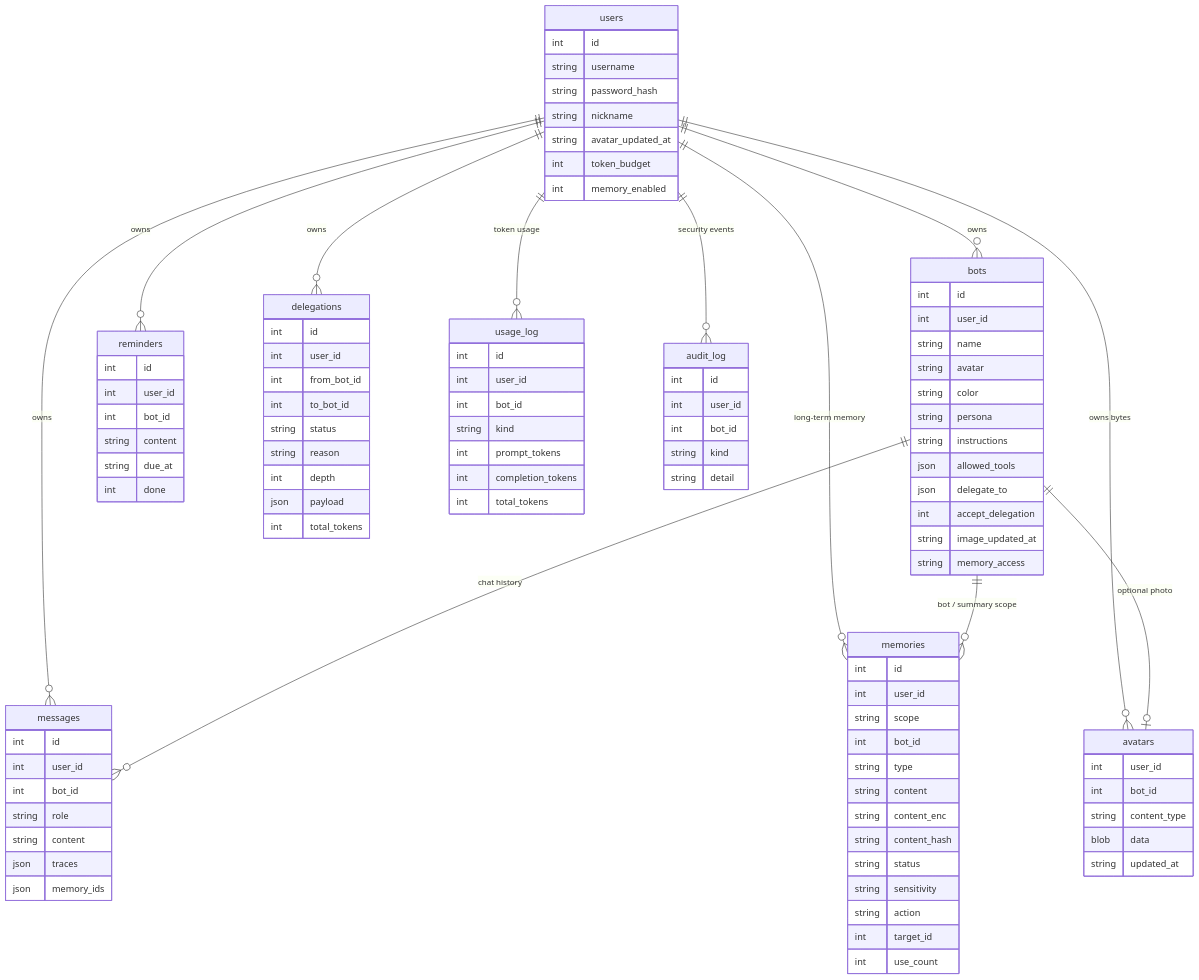
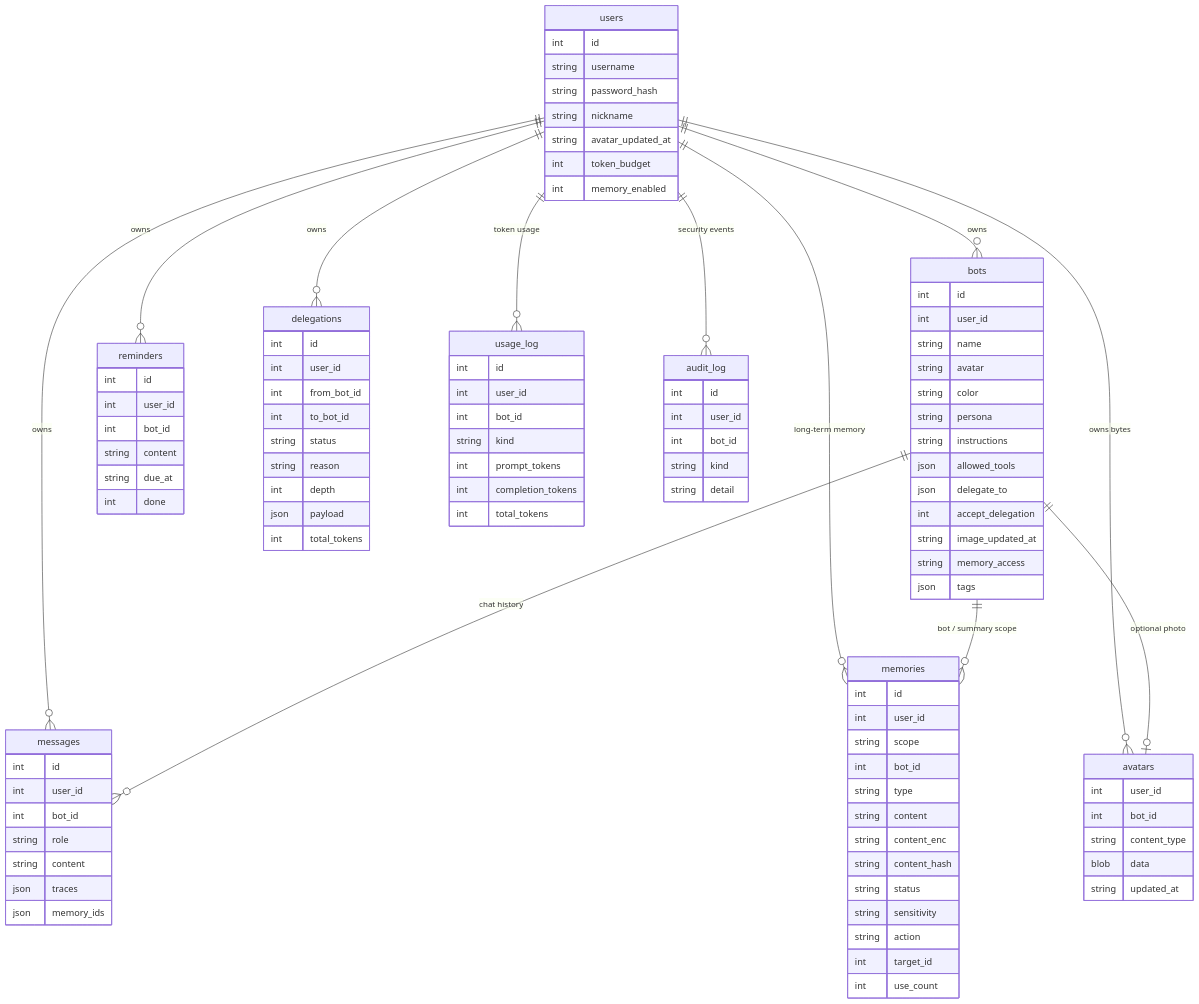
The second of 2 diagrams in docs/design/ARCHITECTURE.md (luisporschewind-ai/VeraBot), drawn with Mermaid before and after one commit. The commit also changed other lines of this file and 21 other files, not shown here.

First line of the commit message:
feat: add tags to bots (schema v5)

````diff
--- a/docs/design/ARCHITECTURE.md
+++ b/docs/design/ARCHITECTURE.md
@@ -80,23 +80,23 @@
 ```mermaid
 erDiagram
     users ||--o{ bots : owns
     users ||--o{ messages : owns
     bots ||--o{ messages : "chat history"
     users ||--o{ reminders : owns
     users ||--o{ delegations : owns
     users ||--o{ usage_log : "token usage"
     users ||--o{ audit_log : "security events"
     users ||--o{ avatars : "owns bytes"
     users ||--o{ memories : "long-term memory"
     bots ||--o{ memories : "bot / summary scope"
     bots ||--o| avatars : "optional photo"
     users { int id string username string password_hash string nickname string avatar_updated_at int token_budget int memory_enabled }
-    bots { int id int user_id string name string avatar string color string persona string instructions json allowed_tools json delegate_to int accept_delegation string image_updated_at string memory_access }
+    bots { int id int user_id string name string avatar string color string persona string instructions json allowed_tools json delegate_to int accept_delegation string image_updated_at string memory_access json tags }
     avatars { int user_id int bot_id string content_type blob data string updated_at }
     messages { int id int user_id int bot_id string role string content json traces json memory_ids }
     memories { int id int user_id string scope int bot_id string type string content string content_enc string content_hash string status string sensitivity string action int target_id int use_count }
     reminders { int id int user_id int bot_id string content string due_at int done }
     delegations { int id int user_id int from_bot_id int to_bot_id string status string reason int depth json payload int total_tokens }
     usage_log { int id int user_id int bot_id string kind int prompt_tokens int completion_tokens int total_tokens }
     audit_log { int id int user_id int bot_id string kind string detail }
 ```
````
